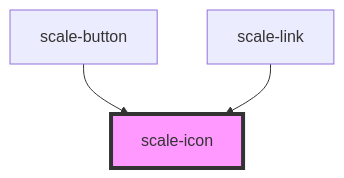
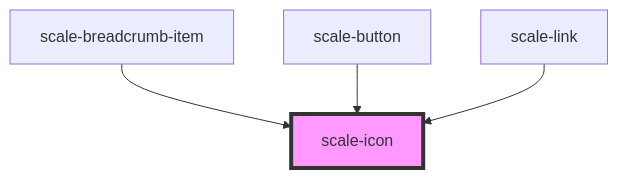
Before and after one commit to telekom/scale: the diagram in packages/components/src/components/icon/readme.md, drawn with Mermaid. The commit also changed other lines of this file and 2 other files, not shown here.

Commit message:
Fix/update icon snapshot

````diff
--- a/packages/components/src/components/icon/readme.md
+++ b/packages/components/src/components/icon/readme.md
@@ -29,6 +30,7 @@
 ```mermaid
 graph TD;
+  scale-breadcrumb-item --> scale-icon
   scale-button --> scale-icon
   scale-link --> scale-icon
   style scale-icon fill:#f9f,stroke:#333,stroke-width:4px
 ```
````
